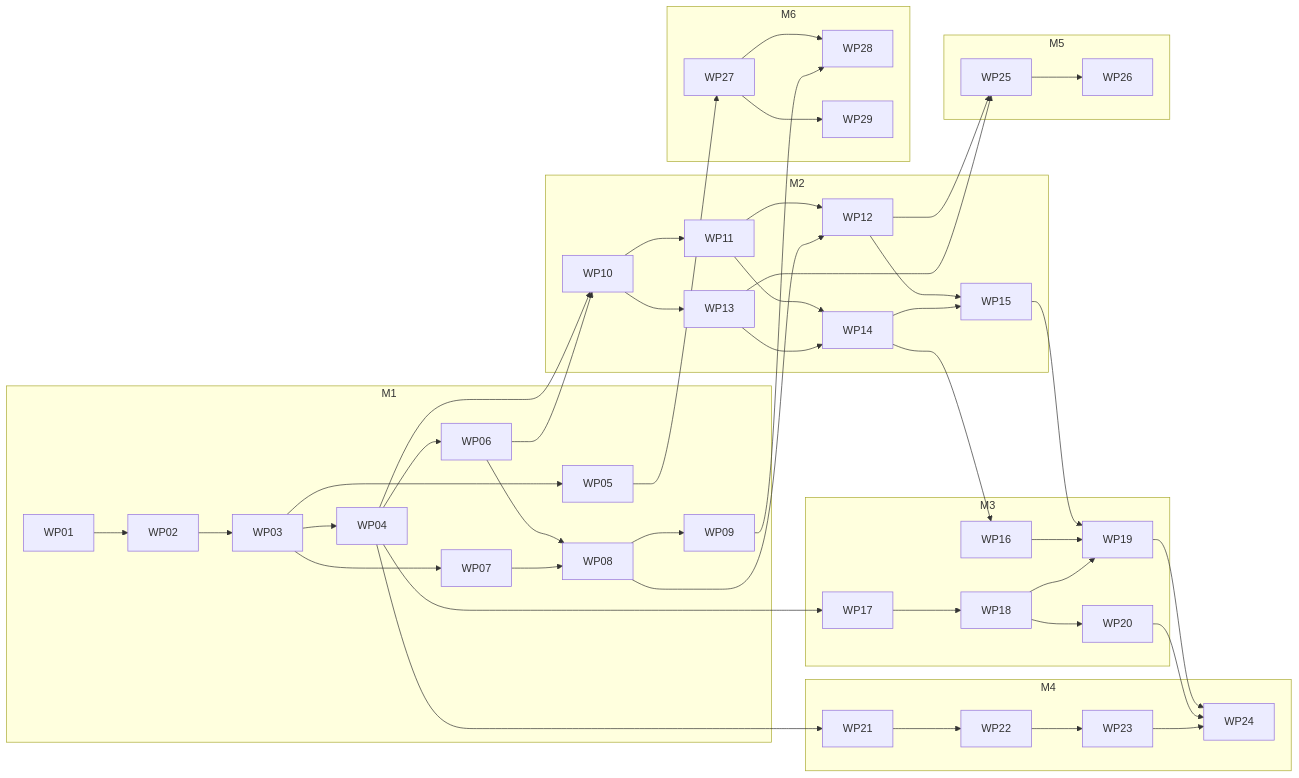
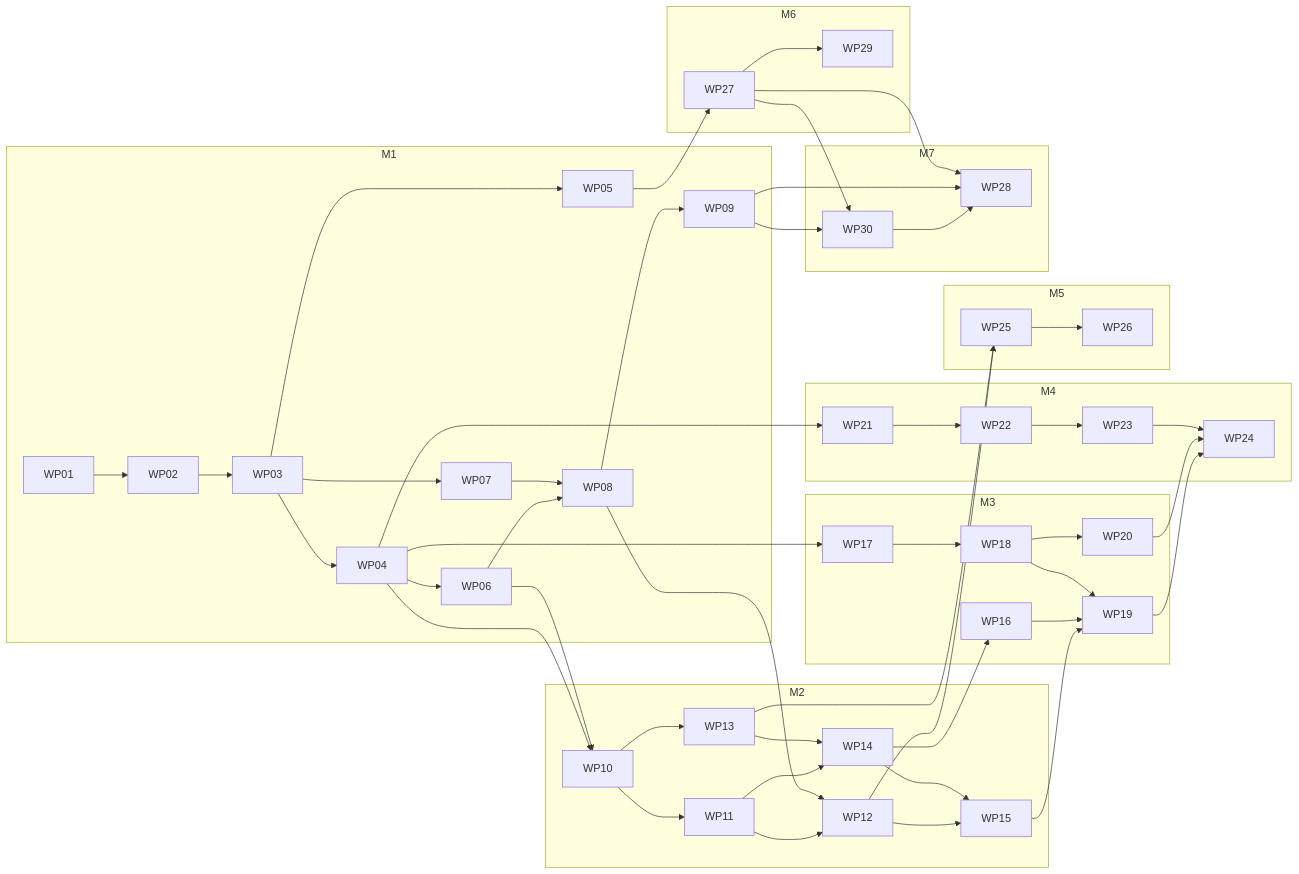
One commit to maxvandenhoven/hive changed the diagram in docs/plans/README.md. Above: the diagram before and after it, drawn with Mermaid. The commit also changed other lines of this file and 2 other files, not shown here.

````diff
--- a/docs/plans/README.md
+++ b/docs/plans/README.md
@@ -223,39 +228,42 @@
 ```mermaid
 flowchart LR
   subgraph M1
     WP01 --> WP02 --> WP03
     WP03 --> WP04 & WP05 & WP07
     WP04 --> WP06
     WP06 & WP07 --> WP08 --> WP09
   end
   subgraph M2
     WP10 --> WP11 --> WP12
     WP10 --> WP13
     WP11 & WP13 --> WP14
     WP12 & WP14 --> WP15
   end
   subgraph M3
     WP17 --> WP18 --> WP20
     WP15 & WP16 & WP18 --> WP19
   end
   subgraph M4
     WP21 --> WP22 --> WP23
     WP19 & WP20 & WP23 --> WP24
   end
   subgraph M5
     WP25 --> WP26
   end
   subgraph M6
-    WP27 --> WP28
     WP27 --> WP29
+  end
+  subgraph M7
+    WP30 --> WP28
   end
   WP04 --> WP10
   WP06 --> WP10
   WP08 --> WP12
   WP14 --> WP16
   WP04 --> WP17
   WP04 --> WP21
   WP12 & WP13 --> WP25
   WP05 --> WP27
-  WP09 --> WP28
+  WP09 & WP27 --> WP30
+  WP09 & WP27 --> WP28
 ```
````
